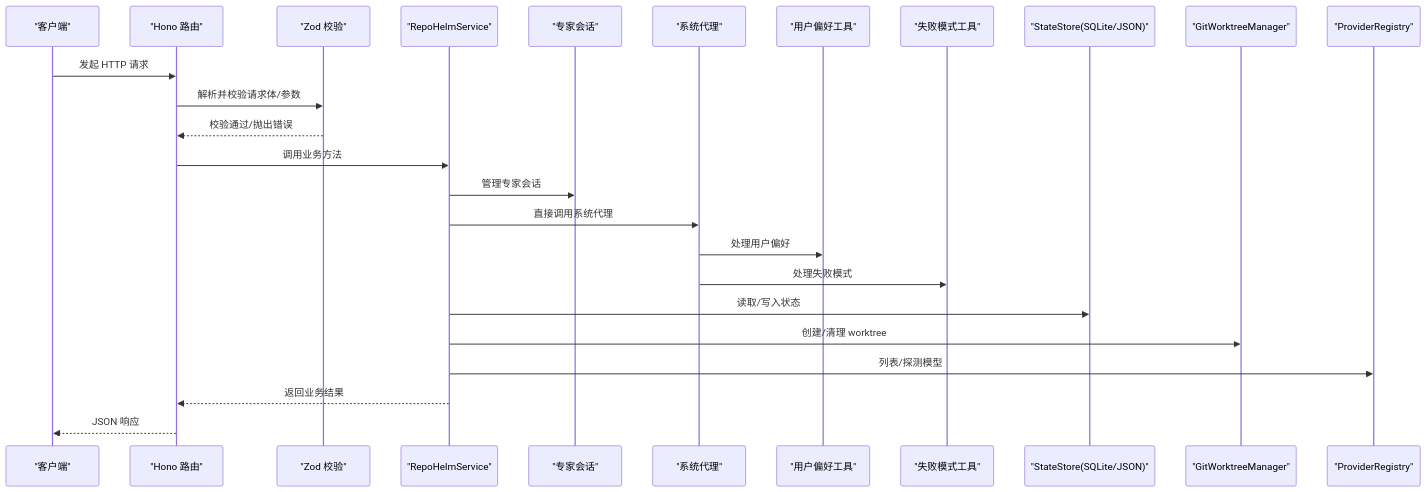
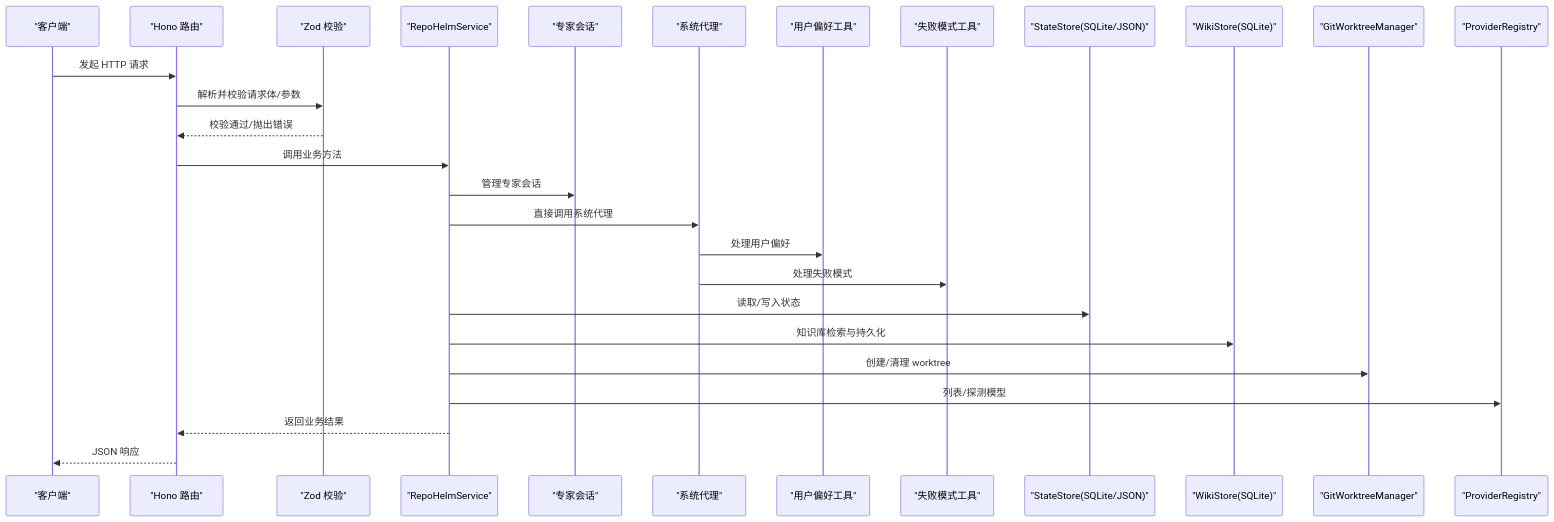
The second of 3 diagrams in .qoder/repowiki/zh/content/服务器 API 设计/服务器 API 设计.md (coconilu/RepoHelm), drawn with Mermaid before and after one commit. The commit also changed other lines of this file and 3 other files, not shown here.

First line of the commit message:
Docs: add Sqlite close(), WikiStore & graceful shutdown

````diff
--- a/.qoder/repowiki/zh/content/服务器 API 设计/服务器 API 设计.md
+++ b/.qoder/repowiki/zh/content/服务器 API 设计/服务器 API 设计.md
@@ -117,27 +124,29 @@
 ```mermaid
 sequenceDiagram
 participant Client as "客户端"
 participant Router as "Hono 路由"
 participant Validator as "Zod 校验"
 participant Service as "RepoHelmService"
 participant ExpertSession as "专家会话"
 participant SystemAgent as "系统代理"
 participant HabitsTools as "用户偏好工具"
 participant FailureTools as "失败模式工具"
 participant Store as "StateStore(SQLite/JSON)"
+participant WikiStore as "WikiStore(SQLite)"
 participant Git as "GitWorktreeManager"
 participant Provider as "ProviderRegistry"
 Client->>Router : 发起 HTTP 请求
 Router->>Validator : 解析并校验请求体/参数
 Validator-->>Router : 校验通过/抛出错误
 Router->>Service : 调用业务方法
 Service->>ExpertSession : 管理专家会话
 Service->>SystemAgent : 直接调用系统代理
 SystemAgent->>HabitsTools : 处理用户偏好
 SystemAgent->>FailureTools : 处理失败模式
 Service->>Store : 读取/写入状态
+Service->>WikiStore : 知识库检索与持久化
 Service->>Git : 创建/清理 worktree
 Service->>Provider : 列表/探测模型
 Service-->>Router : 返回业务结果
 Router-->>Client : JSON 响应
 ```
````
